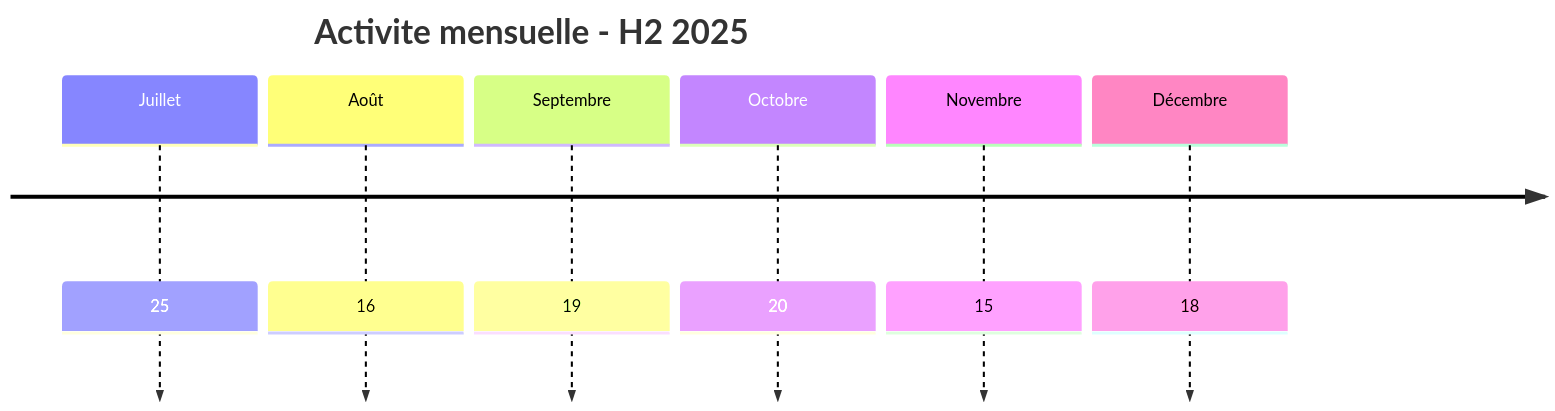
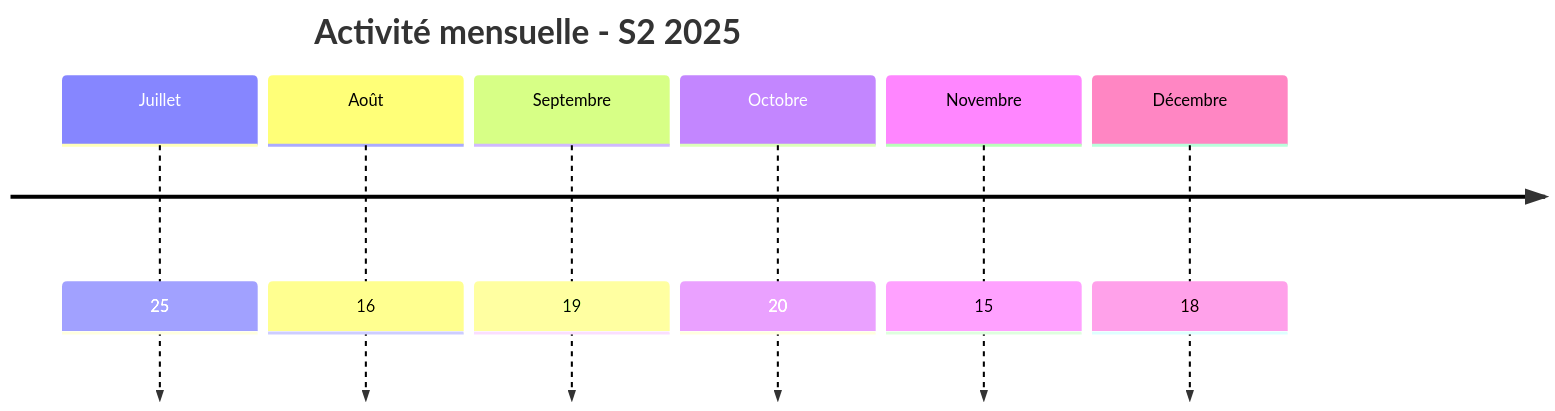
Before and after one commit to Hatchepsoute/AFRINTEL: the first of 2 diagrams in CyberAttackAfrica/2025/README_H2_FR.md, drawn with Mermaid. The commit also changed other lines of this file and 66 other files, not shown here.

````diff
--- a/CyberAttackAfrica/2025/README_H2_FR.md
+++ b/CyberAttackAfrica/2025/README_H2_FR.md
@@ -97,10 +96,10 @@
 ```mermaid
 timeline
-    title Activite mensuelle - H2 2025
+    title Activité mensuelle - S2 2025
     Juillet : 25
     Août : 16
     Septembre : 19
     Octobre : 20
     Novembre : 15
     Décembre : 18
 ```
````
